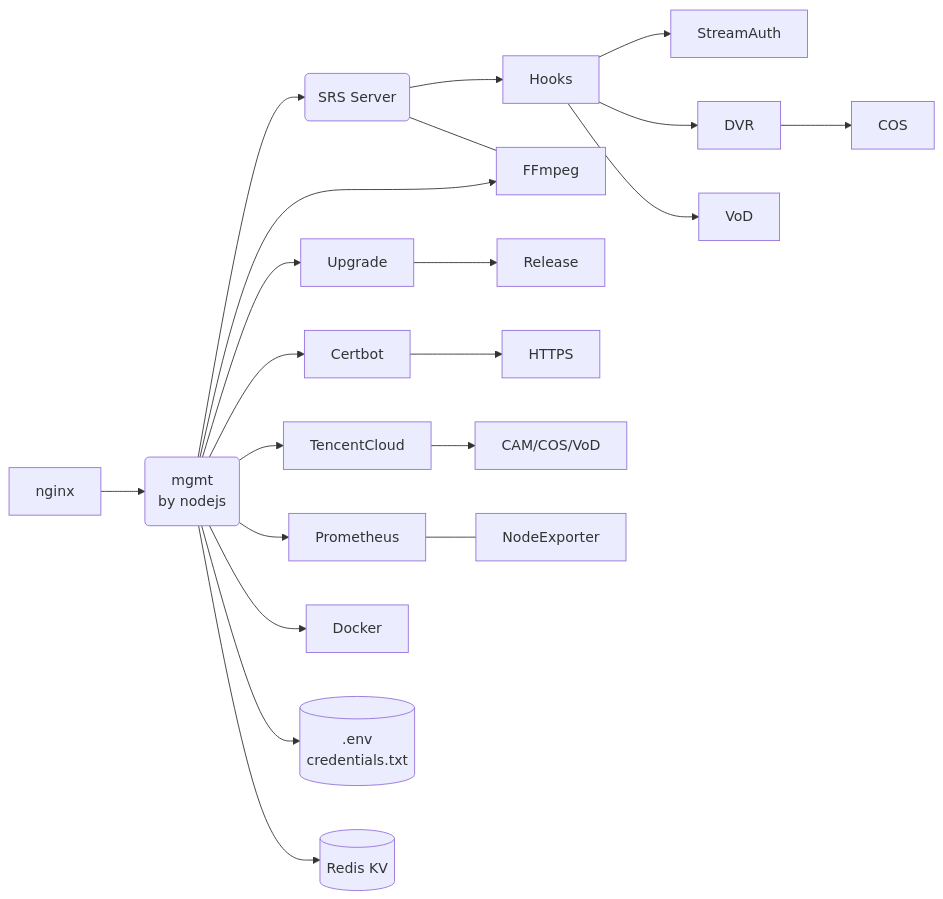
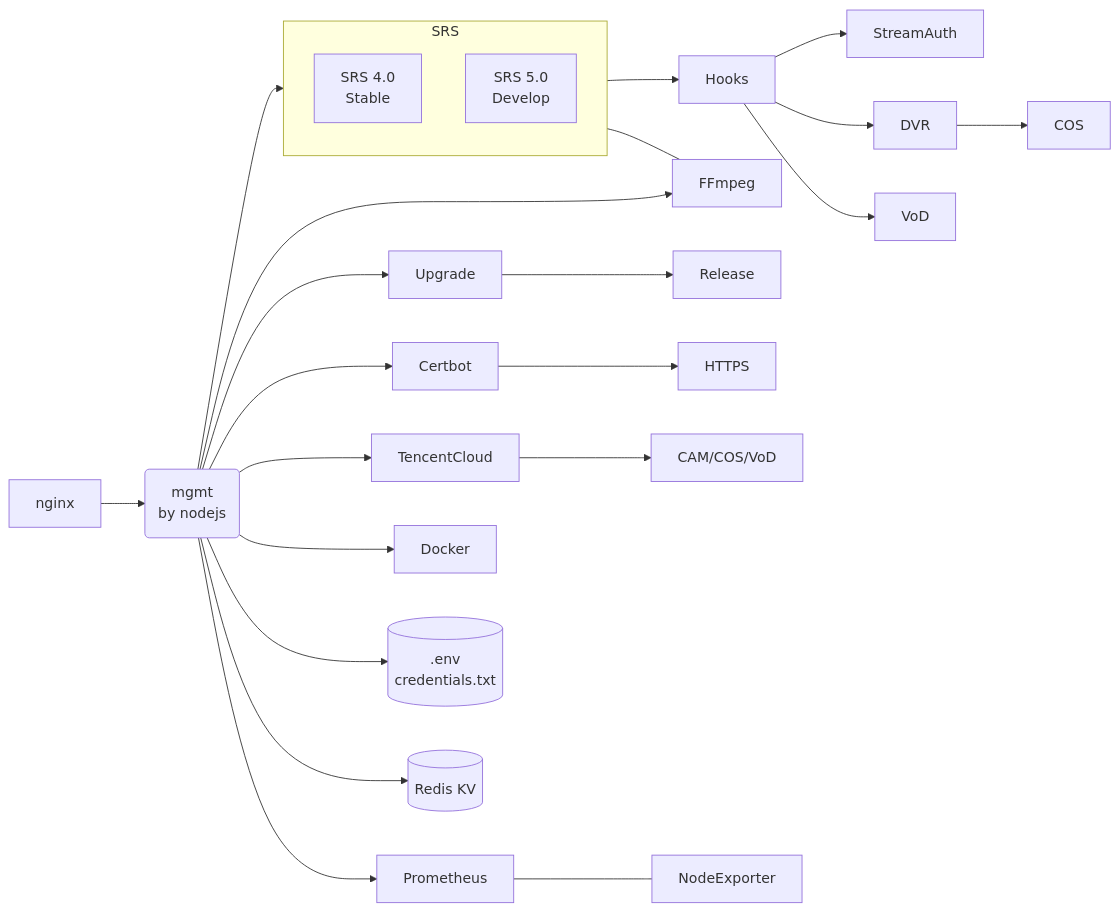
One commit to ossrs/oryx changed the diagram in README.md. Above: the diagram before and after it, drawn with Mermaid. The commit also changed other lines of this file, not shown here.

Commit message:
README: Update the arch flowchat

````diff
--- a/README.md
+++ b/README.md
@@ -20,15 +21,19 @@
 ```mermaid
 flowchart LR;
   nginx --> mgmt(mgmt<br/>by nodejs);
-  mgmt --> SRS(SRS Server) --> Hooks --> StreamAuth & DVR & VoD;
+  subgraph SRS;
+    SRSR[SRS 4.0<br/>Stable];
+    SRSD[SRS 5.0<br/>Develop];
+  end
+  mgmt --> SRS --> Hooks --> StreamAuth & DVR & VoD;
   DVR --> COS;
   mgmt --> FFmpeg;
   SRS --- FFmpeg;
   mgmt --> Upgrade --> Release;
   mgmt --> Certbot --> HTTPS;
   mgmt --> TencentCloud --> CAM[CAM/COS/VoD];
   mgmt --> Prometheus --- NodeExporter;
   mgmt --> Docker;
   mgmt --> Env[(.env<br/>credentials.txt)];
   mgmt --> Redis[(Redis KV)];
 ```
````
